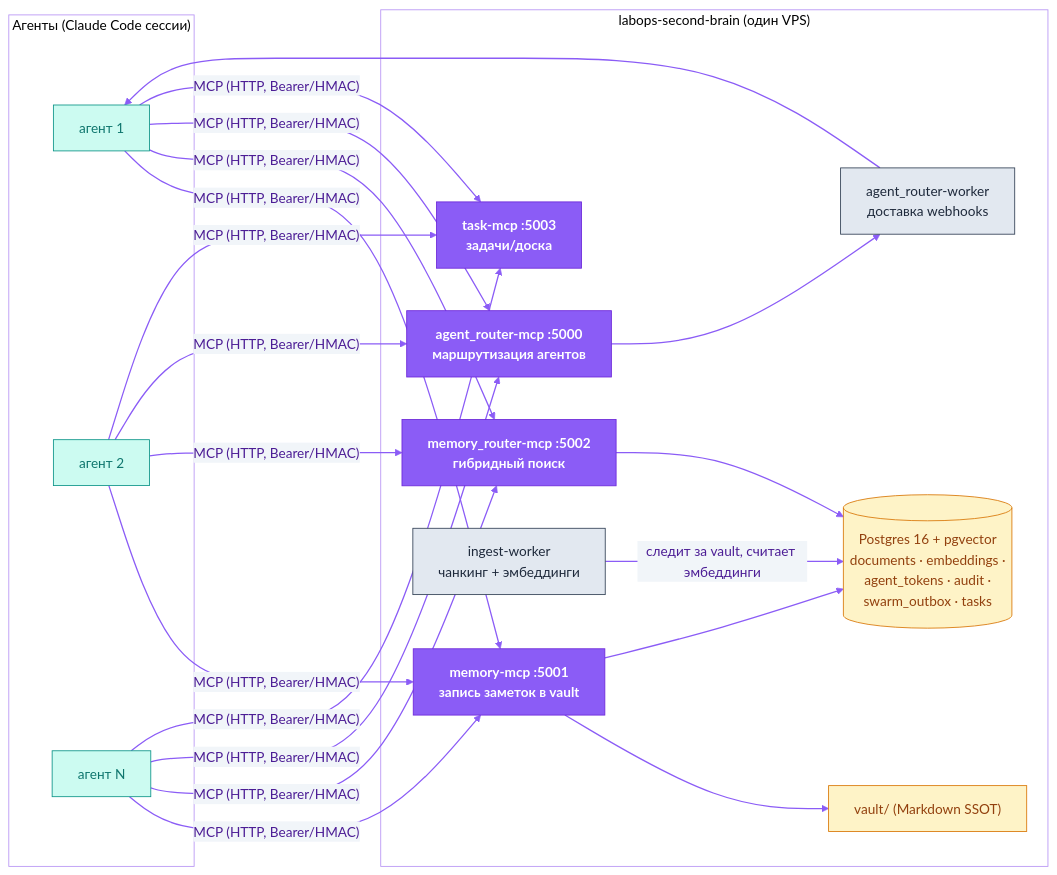
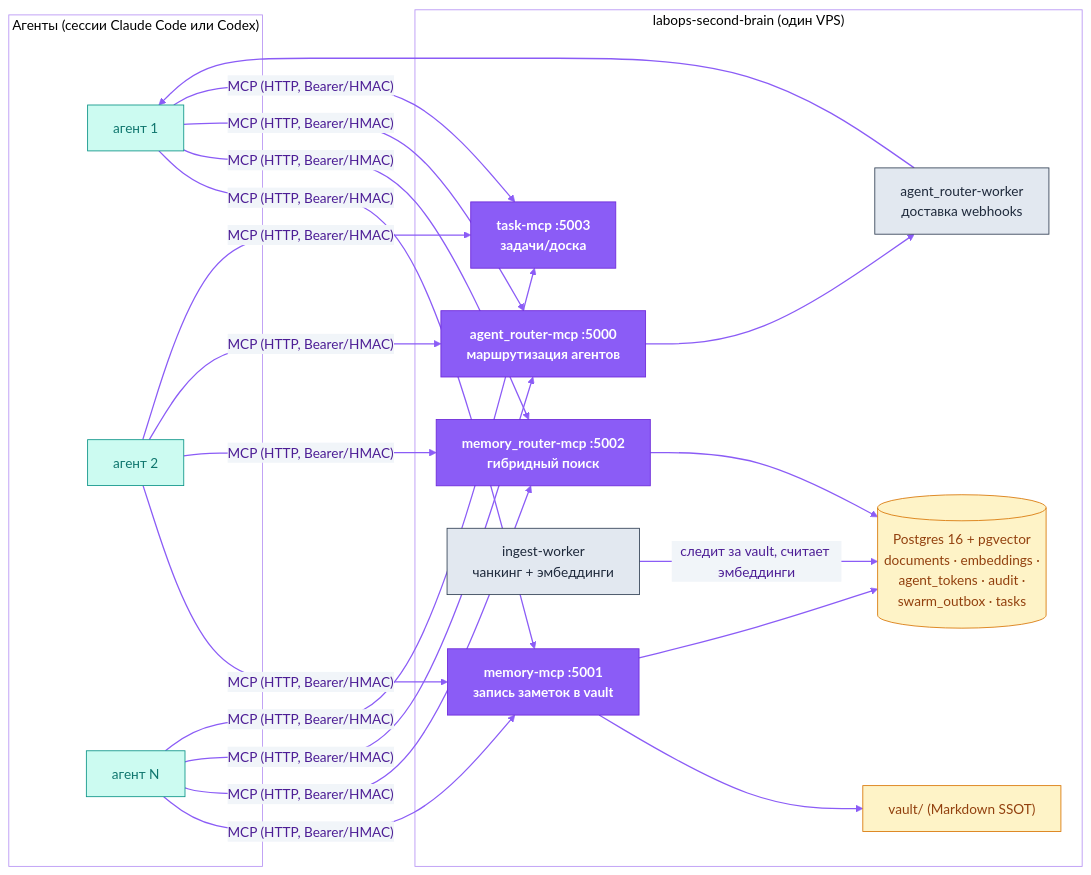
Before and after one commit to dediukhinpa/labops-second-brain: the second of 2 diagrams in README.ru.md, drawn with Mermaid. The commit also changed other lines of this file and 8 other files, not shown here.

Commit message:
Document how Codex agents connect to second-brain alongside Claude Code agents

````diff
--- a/README.ru.md
+++ b/README.ru.md
@@ -150,34 +184,34 @@
 ```mermaid
 %%{init: {'theme':'base','themeVariables':{'primaryColor':'#EDE9FE','primaryTextColor':'#4C1D95','primaryBorderColor':'#8B5CF6','lineColor':'#8B5CF6','secondaryColor':'#F1F5F9','tertiaryColor':'#ffffff','clusterBkg':'transparent','clusterBorder':'#B794F4','fontFamily':'Helvetica,Arial,sans-serif'}}}%%
 flowchart LR
-    subgraph agents["Агенты (Claude Code сессии)"]
+    subgraph agents["Агенты (сессии Claude Code или Codex)"]
         A1["агент 1"]; A2["агент 2"]; A3["агент N"]
     end
 
     subgraph brain["labops-second-brain (один VPS)"]
         MEM["memory-mcp :5001<br/>запись заметок в vault"]
         REC["memory_router-mcp :5002<br/>гибридный поиск"]
         SW["agent_router-mcp :5000<br/>маршрутизация агентов"]
         TASK["task-mcp :5003<br/>задачи/доска"]
         IW["ingest-worker<br/>чанкинг + эмбеддинги"]
         SWW["agent_router-worker<br/>доставка webhooks"]
         PG[("Postgres 16 + pgvector<br/>documents · embeddings ·<br/>agent_tokens · audit ·<br/>swarm_outbox · tasks")]
         VAULT["vault/ (Markdown SSOT)"]
     end
 
     A1 & A2 & A3 -- "MCP (HTTP, Bearer/HMAC)" --> MEM & REC & SW & TASK
     MEM --> VAULT
     MEM --> PG
     IW -- "следит за vault, считает эмбеддинги" --> PG
     REC --> PG
     SW --> SWW --> A1
     classDef brand fill:#8B5CF6,stroke:#6D28D9,color:#ffffff,font-weight:bold
     classDef ext fill:#CCFBF1,stroke:#0D9488,color:#0F766E
     classDef store fill:#FEF3C7,stroke:#D97706,color:#92400E
     classDef sys fill:#E2E8F0,stroke:#334155,color:#1E293B
     linkStyle default stroke:#8B5CF6,stroke-width:1.5px
     class MEM,REC,SW,TASK brand
     class A1,A2,A3 ext
     class PG,VAULT store
     class IW,SWW sys
 ```
````
